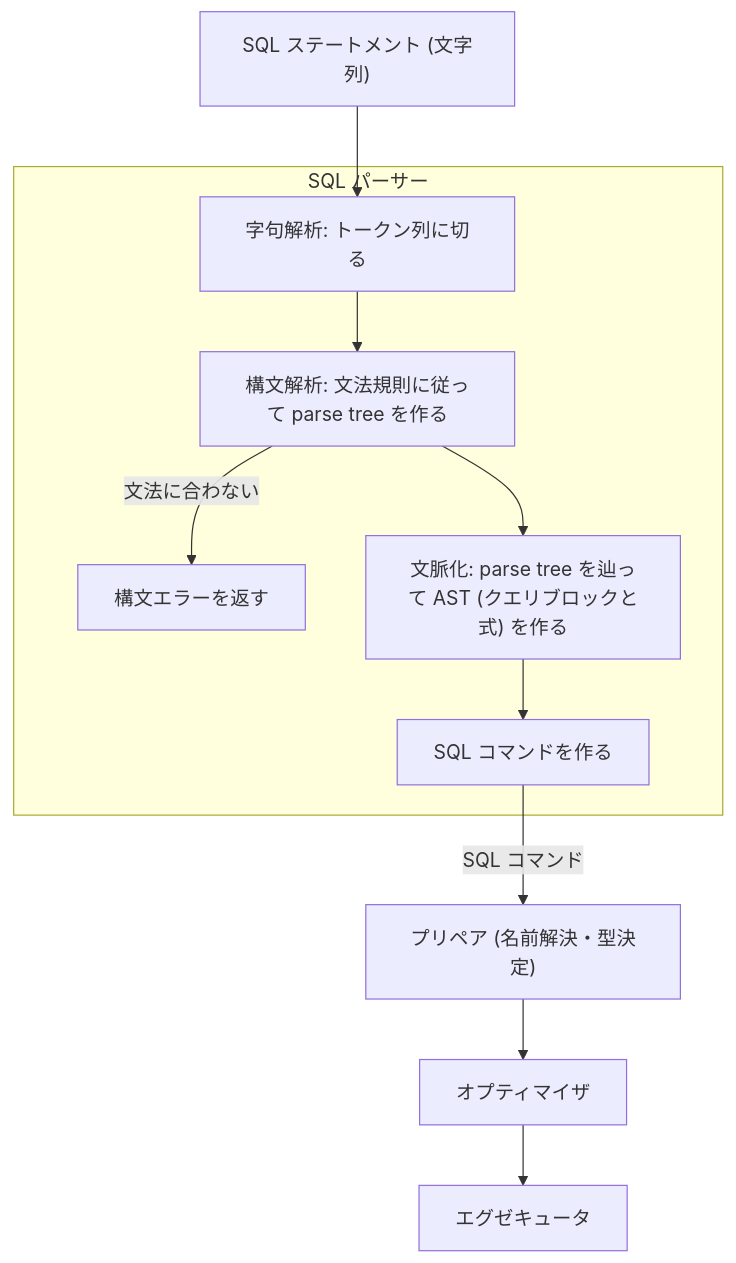
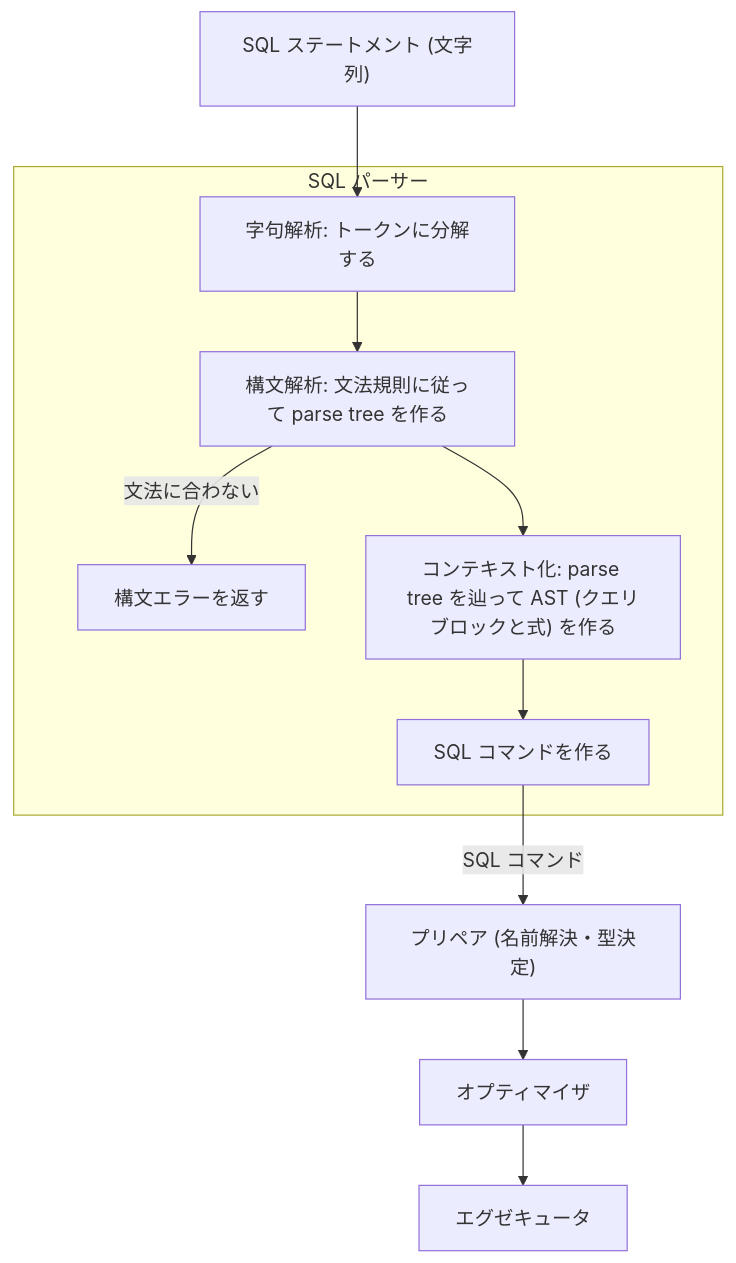
One commit to ren-yamanashi/minesql changed the second of 2 diagrams in docs/specification/005_parser/sql_parser.md. Above: the diagram before and after it, drawn with Mermaid. The commit also changed other lines of this file and 1 other file, not shown here.

````diff
--- a/docs/specification/005_parser/sql_parser.md
+++ b/docs/specification/005_parser/sql_parser.md
@@ -77,14 +76,14 @@
 ```mermaid
 flowchart TD
     A["SQL ステートメント (文字列)"]
     subgraph parser ["SQL パーサー"]
-        L["字句解析: トークン列に切る"] --> P["構文解析: 文法規則に従って parse tree を作る"]
+        L["字句解析: トークンに分解する"] --> P["構文解析: 文法規則に従って parse tree を作る"]
         P -- "文法に合わない" --> E["構文エラーを返す"]
-        P --> C["文脈化: parse tree を辿って AST (クエリブロックと式) を作る"]
+        P --> C["コンテキスト化: parse tree を辿って AST (クエリブロックと式) を作る"]
         C --> S["SQL コマンドを作る"]
     end
     A --> L
     S -->|"SQL コマンド"| PR["プリペア (名前解決・型決定)"]
     PR --> O["オプティマイザ"]
     O --> X["エグゼキュータ"]
 ```
````
